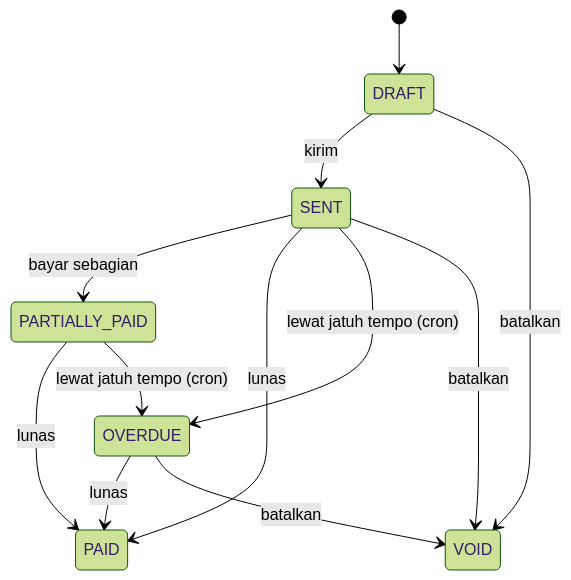
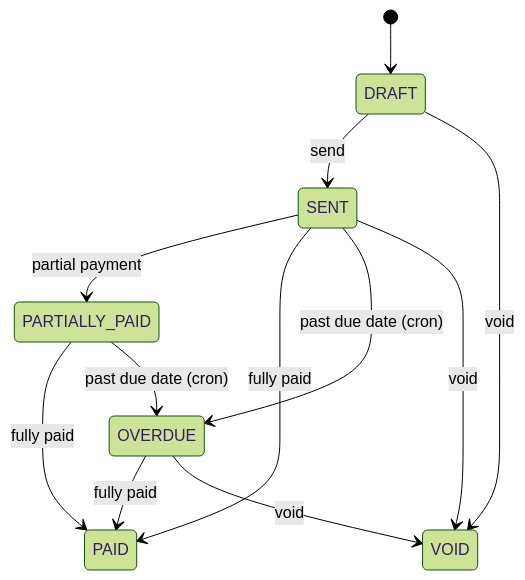
The first of 2 diagrams in README.md (tcandra24/invoice-api), drawn with Mermaid (forest theme) before and after one commit. The commit also changed other lines of this file and 1 other file, not shown here.

````diff
--- a/README.md
+++ b/README.md
@@ -47,14 +69,14 @@
 ```mermaid
 stateDiagram-v2
   [*] --> DRAFT
-  DRAFT --> SENT: kirim
-  DRAFT --> VOID: batalkan
-  SENT --> PARTIALLY_PAID: bayar sebagian
-  SENT --> PAID: lunas
-  SENT --> OVERDUE: lewat jatuh tempo (cron)
-  SENT --> VOID: batalkan
-  PARTIALLY_PAID --> PAID: lunas
-  PARTIALLY_PAID --> OVERDUE: lewat jatuh tempo (cron)
-  OVERDUE --> PAID: lunas
-  OVERDUE --> VOID: batalkan
+  DRAFT --> SENT: send
+  DRAFT --> VOID: void
+  SENT --> PARTIALLY_PAID: partial payment
+  SENT --> PAID: fully paid
+  SENT --> OVERDUE: past due date (cron)
+  SENT --> VOID: void
+  PARTIALLY_PAID --> PAID: fully paid
+  PARTIALLY_PAID --> OVERDUE: past due date (cron)
+  OVERDUE --> PAID: fully paid
+  OVERDUE --> VOID: void
 ```
````
